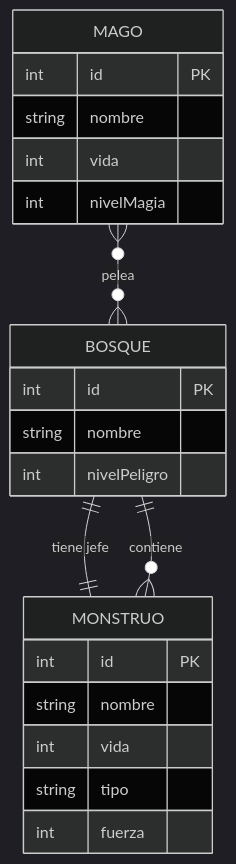
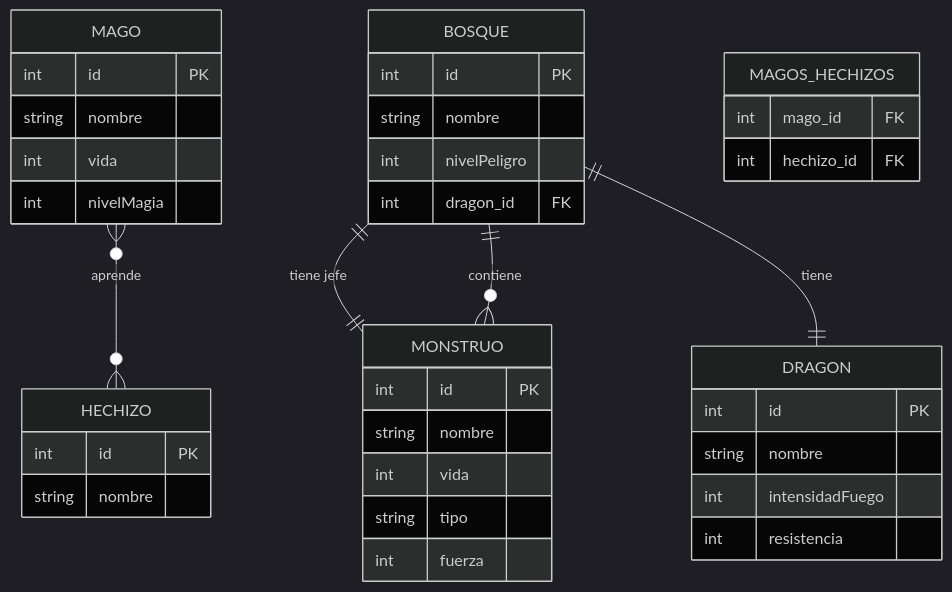
One commit to a24yaniravc/dragolandia changed the second of 2 diagrams in README.md. Above: the diagram before and after it, drawn with Mermaid (dark theme). The commit also changed other lines of this file and 4 other files, not shown here.

````diff
--- a/README.md
+++ b/README.md
@@ -94,29 +117,48 @@
 ```mermaid
 erDiagram
-    direction TB
+direction TB
 
-    MAGO {
-        int id PK
-        string nombre
-        int vida
-        int nivelMagia
-    }
+MAGO {
+    int id PK
+    string nombre
+    int vida
+    int nivelMagia
+}
 
-    MONSTRUO {
-        int id PK
-        string nombre
-        int vida
-        string tipo
-        int fuerza
-    }
+MONSTRUO {
+    int id PK
+    string nombre
+    int vida
+    string tipo
+    int fuerza
+}
 
-    BOSQUE {
-        int id PK
-        string nombre
-        int nivelPeligro
-    }
+BOSQUE {
+    int id PK
+    string nombre
+    int nivelPeligro
+    int dragon_id FK
+}
 
-    BOSQUE ||--|| MONSTRUO : "tiene jefe"
-    BOSQUE ||--o{ MONSTRUO : "contiene"
-    MAGO }o--o{ BOSQUE : "pelea"
+DRAGON {
+    int id PK
+    string nombre
+    int intensidadFuego
+    int resistencia
+}
+
+HECHIZO {
+    int id PK
+    string nombre
+}
+
+MAGOS_HECHIZOS {
+    int mago_id FK
+    int hechizo_id FK
+}
+
+BOSQUE ||--|| MONSTRUO : "tiene jefe"
+BOSQUE ||--o{ MONSTRUO : "contiene"
+BOSQUE ||--|| DRAGON : "tiene"
+MAGO }o--o{ HECHIZO : "aprende"
 ```
````
